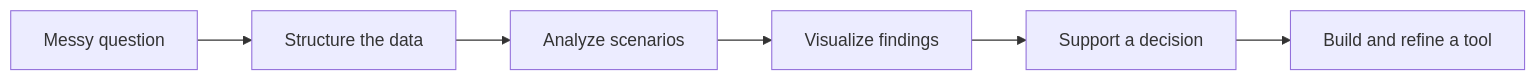
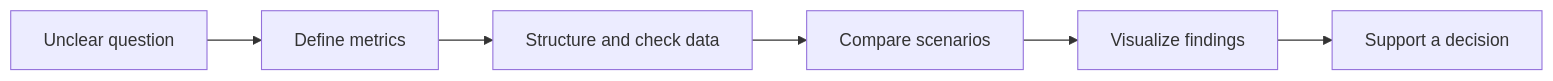
The first of 2 diagrams in README.md (0xtrvkc/0xtrvkc), drawn with Mermaid before and after one commit. The commit also changed other lines of this file, not shown here.

````diff
--- a/README.md
+++ b/README.md
@@ -15,8 +15,8 @@
 ```mermaid
 flowchart LR
-    A[Messy question] --> B[Structure the data]
-    B --> C[Analyze scenarios]
-    C --> D[Visualize findings]
-    D --> E[Support a decision]
-    E --> F[Build and refine a tool]
+    A[Unclear question] --> B[Define metrics]
+    B --> C[Structure and check data]
+    C --> D[Compare scenarios]
+    D --> E[Visualize findings]
+    E --> F[Support a decision]
 ```
````
